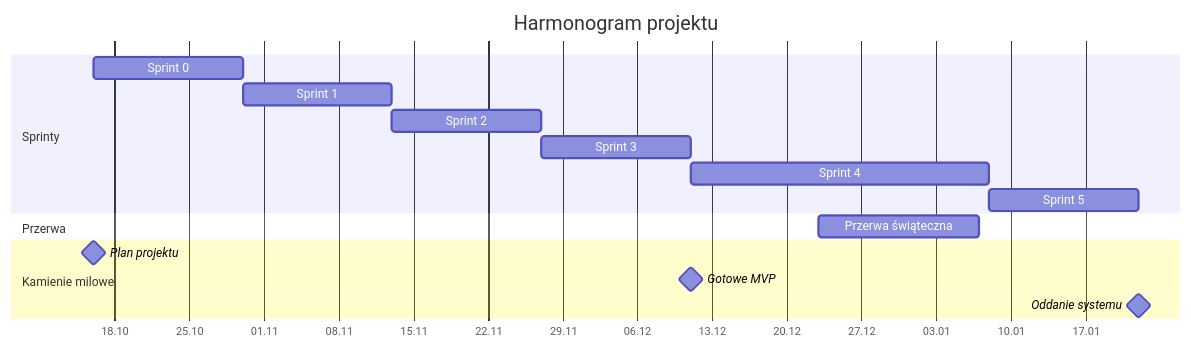
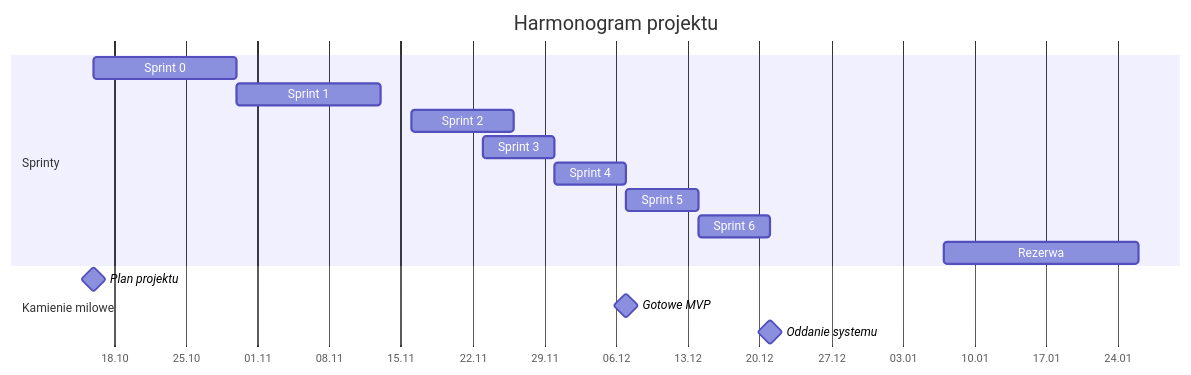
Before and after one commit to s9uu/zespolowy-system-restauracji: the diagram in README.md, drawn with Mermaid. The commit also changed other lines of this file, not shown here.

Commit message:
Revise sprint dates and milestones in README
Updated sprint schedule and milestones in the README.

````diff
--- a/README.md
+++ b/README.md
@@ -97,22 +98,21 @@
 ```mermaid
 gantt
     title Harmonogram projektu
     dateFormat YYYY-MM-DD
     axisFormat %d.%m
 
     section Sprinty
     Sprint 0           : s0, 2026-10-16, 14d
     Sprint 1           : s1, 2026-10-30, 14d
-    Sprint 2           : s2, 2026-11-13, 14d
-    Sprint 3           : s3, 2026-11-27, 14d
-    Sprint 4           : s4, 2026-12-11, 28d
-    Sprint 5           : s5, 2027-01-08, 14d
-
-    section Przerwa
-    Przerwa świąteczna : 2026-12-23, 15d
+    Sprint 2           : s2, 2026-11-16, 10d
+    Sprint 3           : s3, 2026-11-23, 7d
+    Sprint 4           : s4, 2026-11-30, 7d
+    Sprint 5           : s5, 2026-12-07, 7d
+    Sprint 6           : s6, 2026-12-14, 7d
+    Rezerwa            : r1, 2027-01-07, 19d
 
     section Kamienie milowe
     Plan projektu      : milestone, 2026-10-16, 0d
-    Gotowe MVP         : milestone, 2026-12-11, 0d
-    Oddanie systemu    : milestone, 2027-01-22, 0d
+    Gotowe MVP         : milestone, 2026-12-07, 0d
+    Oddanie systemu    : milestone, 2026-12-21, 0d
 ```
````
